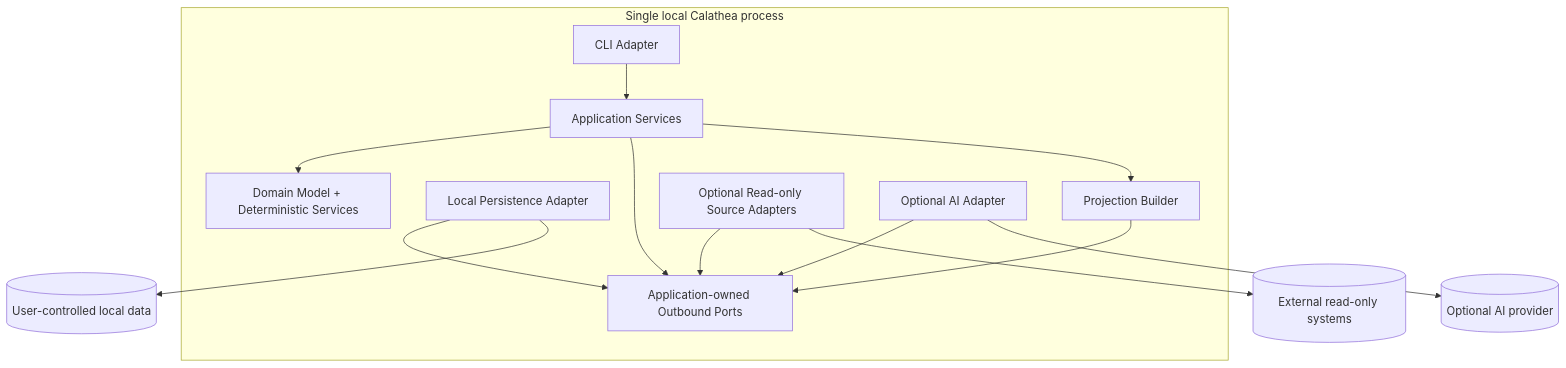
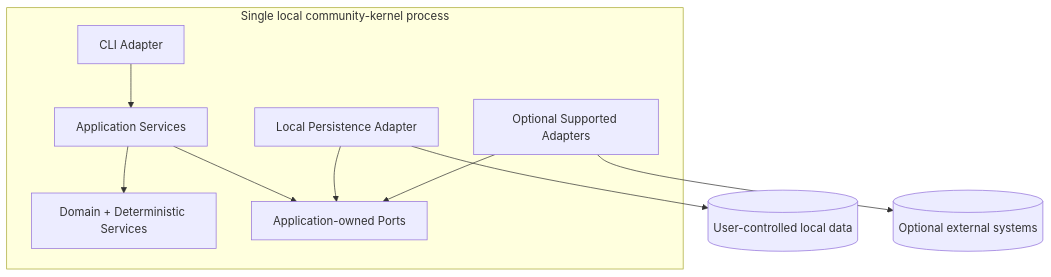
Before and after one commit to hackelia-micrantha/calathea-community: the second of 3 diagrams in docs/architecture/system-context.md, drawn with Mermaid. The commit also changed other lines of this file, not shown here.

Commit message:
docs: scope system context to community kernel

````diff
--- a/docs/architecture/system-context.md
+++ b/docs/architecture/system-context.md
@@ -76,30 +81,23 @@
 ```mermaid
 flowchart TB
-    subgraph Process[Single local Calathea process]
+    subgraph Process[Single local community-kernel process]
       CLI[CLI Adapter]
       APP[Application Services]
-      DOMAIN[Domain Model + Deterministic Services]
-      PORTS[Application-owned Outbound Ports]
+      CORE[Domain + Deterministic Services]
+      PORTS[Application-owned Ports]
       PERSIST[Local Persistence Adapter]
-      PROJ[Projection Builder]
-      SRC[Optional Read-only Source Adapters]
-      AIA[Optional AI Adapter]
+      OPT[Optional Supported Adapters]
 
       CLI --> APP
-      APP --> DOMAIN
+      APP --> CORE
       APP --> PORTS
       PERSIST --> PORTS
-      SRC --> PORTS
-      AIA --> PORTS
-      APP --> PROJ
-      PROJ --> PORTS
+      OPT --> PORTS
     end
 
     DB[(User-controlled local data)]
-    EXT[(External read-only systems)]
-    MODEL[(Optional AI provider)]
+    EXT[(Optional external systems)]
 
     PERSIST --> DB
-    SRC --> EXT
-    AIA --> MODEL
+    OPT --> EXT
 ```
````
